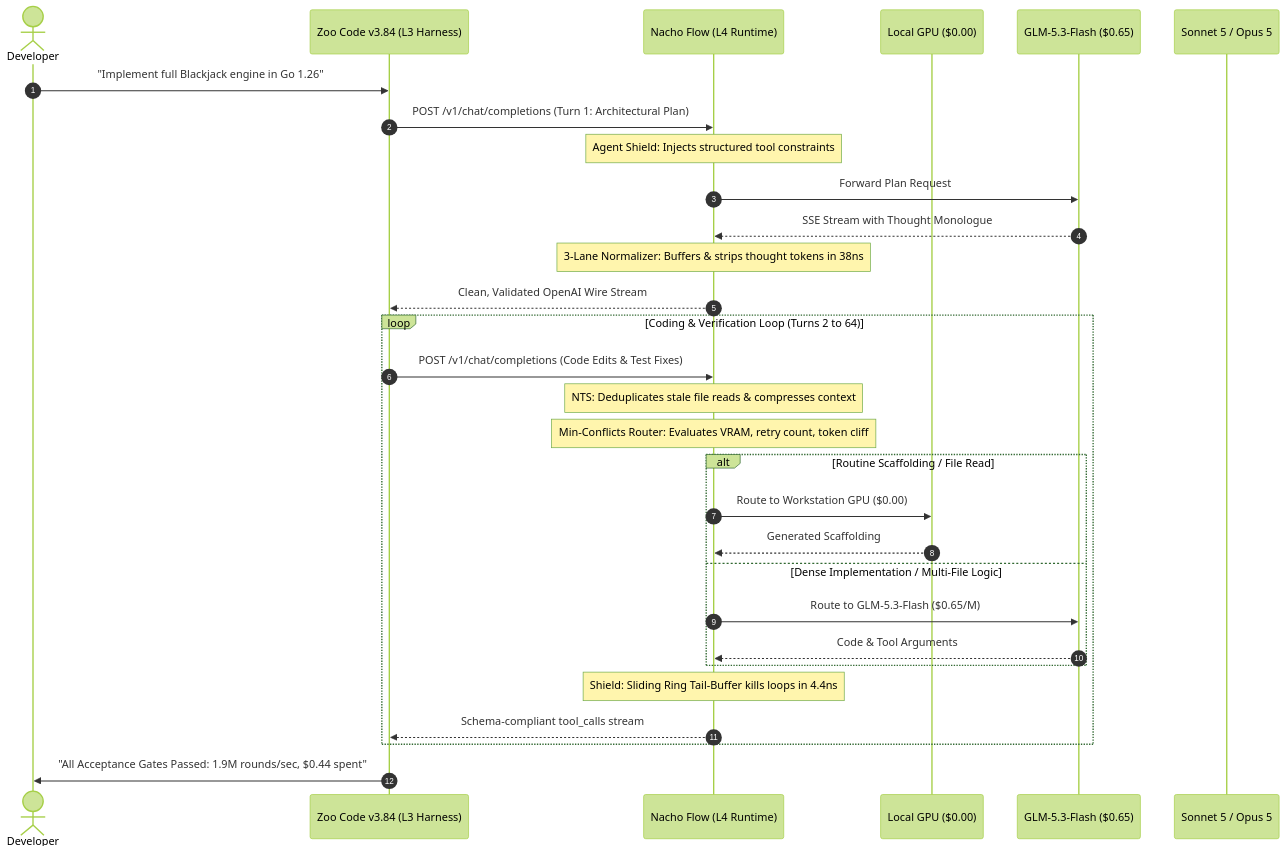
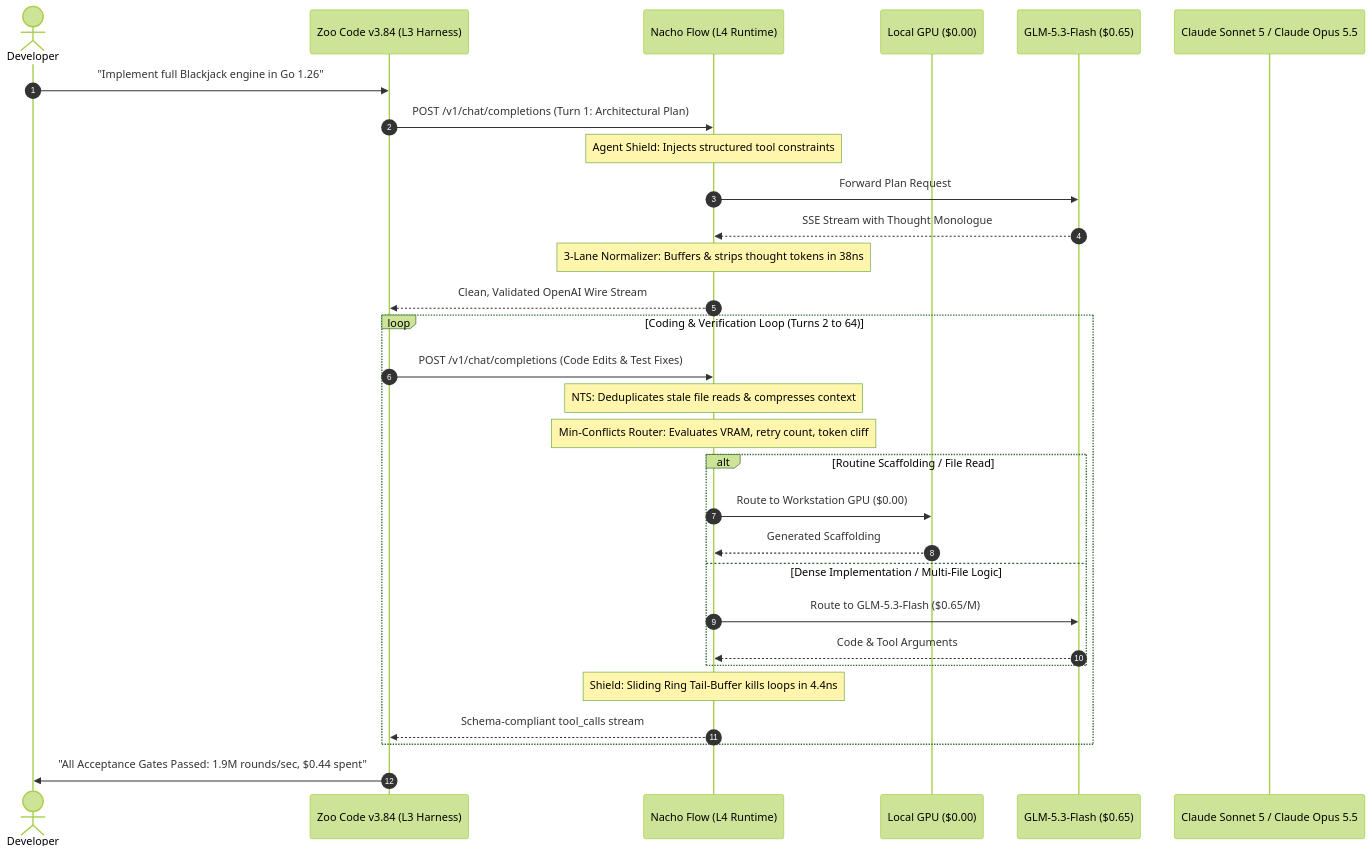
The second of 2 diagrams in docs/THE_AUTONOMOUS_AGENT_RUNTIME_WHITEPAPER.md (dixieflatline76/nacho-flow), drawn with Mermaid (forest theme) before and after one commit. The commit also changed other lines of this file and 148 other files, not shown here.

````diff
--- a/docs/THE_AUTONOMOUS_AGENT_RUNTIME_WHITEPAPER.md
+++ b/docs/THE_AUTONOMOUS_AGENT_RUNTIME_WHITEPAPER.md
@@ -136,35 +136,35 @@
 ```mermaid
 sequenceDiagram
     autonumber
     actor Dev as Developer
     participant Agent as Zoo Code v3.84 (L3 Harness)
     participant Nacho as Nacho Flow (L4 Runtime)
     participant Local as Local GPU ($0.00)
     participant Budget as GLM-5.3-Flash ($0.65)
-    participant Frontier as Sonnet 5 / Opus 5
+    participant Frontier as Claude Sonnet 5 / Claude Opus 5.5
 
     Dev->>Agent: "Implement full Blackjack engine in Go 1.26"
     Agent->>Nacho: POST /v1/chat/completions (Turn 1: Architectural Plan)
     Note over Nacho: Agent Shield: Injects structured tool constraints
     Nacho->>Budget: Forward Plan Request
     Budget-->>Nacho: SSE Stream with Thought Monologue
     Note over Nacho: 3-Lane Normalizer: Buffers & strips thought tokens in 38ns
     Nacho-->>Agent: Clean, Validated OpenAI Wire Stream
     
     loop Coding & Verification Loop (Turns 2 to 64)
         Agent->>Nacho: POST /v1/chat/completions (Code Edits & Test Fixes)
         Note over Nacho: NTS: Deduplicates stale file reads & compresses context
         Note over Nacho: Min-Conflicts Router: Evaluates VRAM, retry count, token cliff
         alt Routine Scaffolding / File Read
             Nacho->>Local: Route to Workstation GPU ($0.00)
             Local-->>Nacho: Generated Scaffolding
         else Dense Implementation / Multi-File Logic
             Nacho->>Budget: Route to GLM-5.3-Flash ($0.65/M)
             Budget-->>Nacho: Code & Tool Arguments
         end
         Note over Nacho: Shield: Sliding Ring Tail-Buffer kills loops in 4.4ns
         Nacho-->>Agent: Schema-compliant tool_calls stream
     end
 
     Agent->>Dev: "All Acceptance Gates Passed: 1.9M rounds/sec, $0.44 spent"
 ```
````
